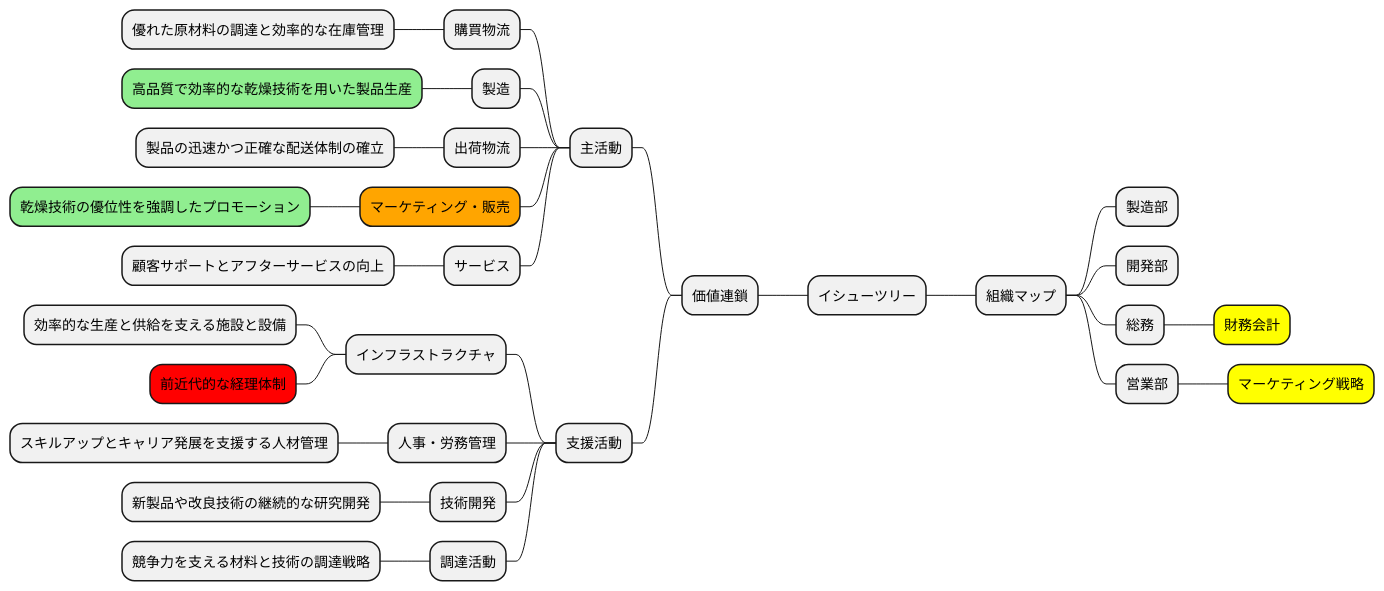
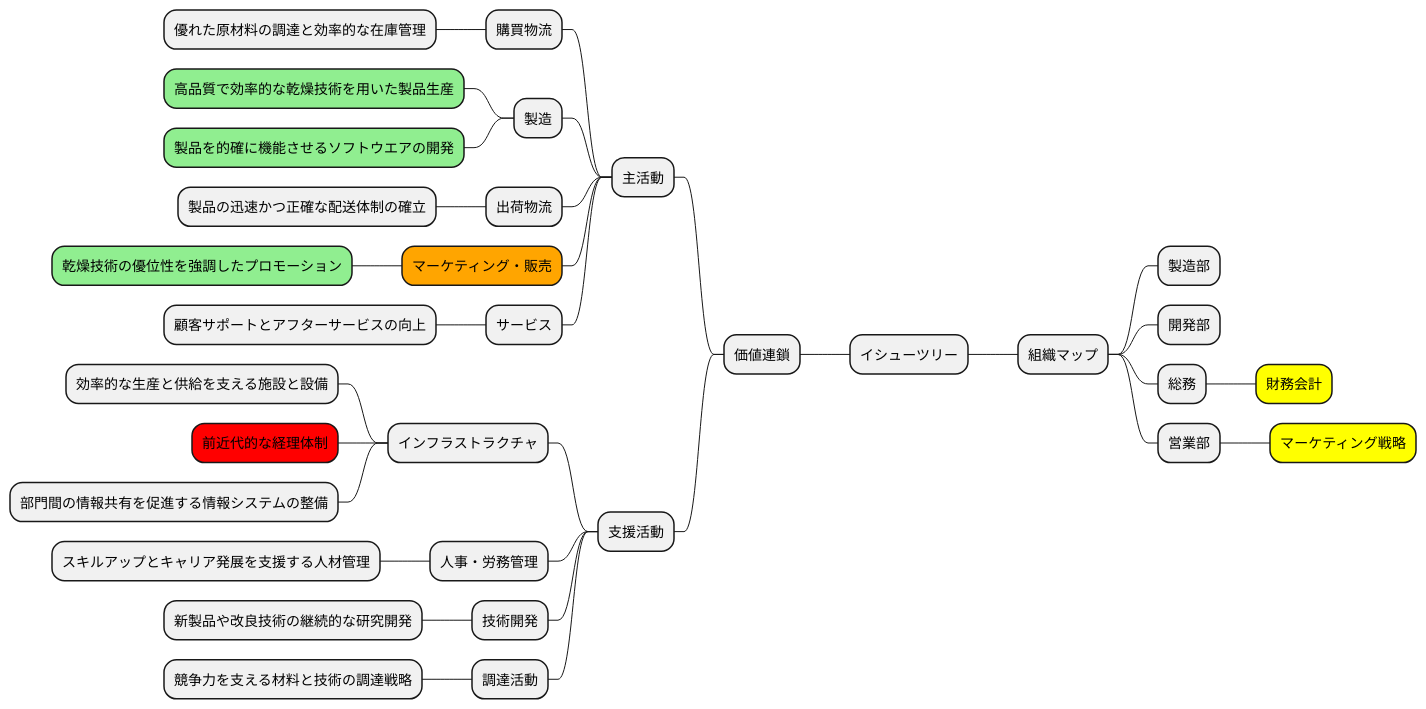
One commit to k2works/case-sutudy-business-analysis changed diagram 15 of 19 in docs/case/r01_case_1.adoc. Above: the diagram before and after it, drawn with PlantUML. The commit also changed other lines of this file, not shown here.

```diff
--- a/docs/case/r01_case_1.adoc
+++ b/docs/case/r01_case_1.adoc
@@ -494,40 +498,42 @@
 [plantuml]
 ----
 @startmindmap
 
 * イシューツリー
 left side
 ** 価値連鎖
 *** 主活動
 **** 購買物流
 ***** 優れた原材料の調達と効率的な在庫管理
 **** 製造
 *****[#lightgreen] 高品質で効率的な乾燥技術を用いた製品生産
+*****[#lightgreen] 製品を的確に機能させるソフトウエアの開発
 **** 出荷物流
 ***** 製品の迅速かつ正確な配送体制の確立
 ****[#orange] マーケティング・販売
 *****[#lightgreen] 乾燥技術の優位性を強調したプロモーション
 **** サービス
 ***** 顧客サポートとアフターサービスの向上
 *** 支援活動
 **** インフラストラクチャ
 ***** 効率的な生産と供給を支える施設と設備
 *****[#red] 前近代的な経理体制
+***** 部門間の情報共有を促進する情報システムの整備
 **** 人事・労務管理
 ***** スキルアップとキャリア発展を支援する人材管理
 **** 技術開発
 ***** 新製品や改良技術の継続的な研究開発
 **** 調達活動
 ***** 競争力を支える材料と技術の調達戦略
 right side
 ** 組織マップ
 *** 製造部
 *** 開発部
 *** 総務
 ****[#yellow] 財務会計
 *** 営業部
 ****[#yellow] マーケティング戦略
 
 
 @endmindmap
 ----
```
